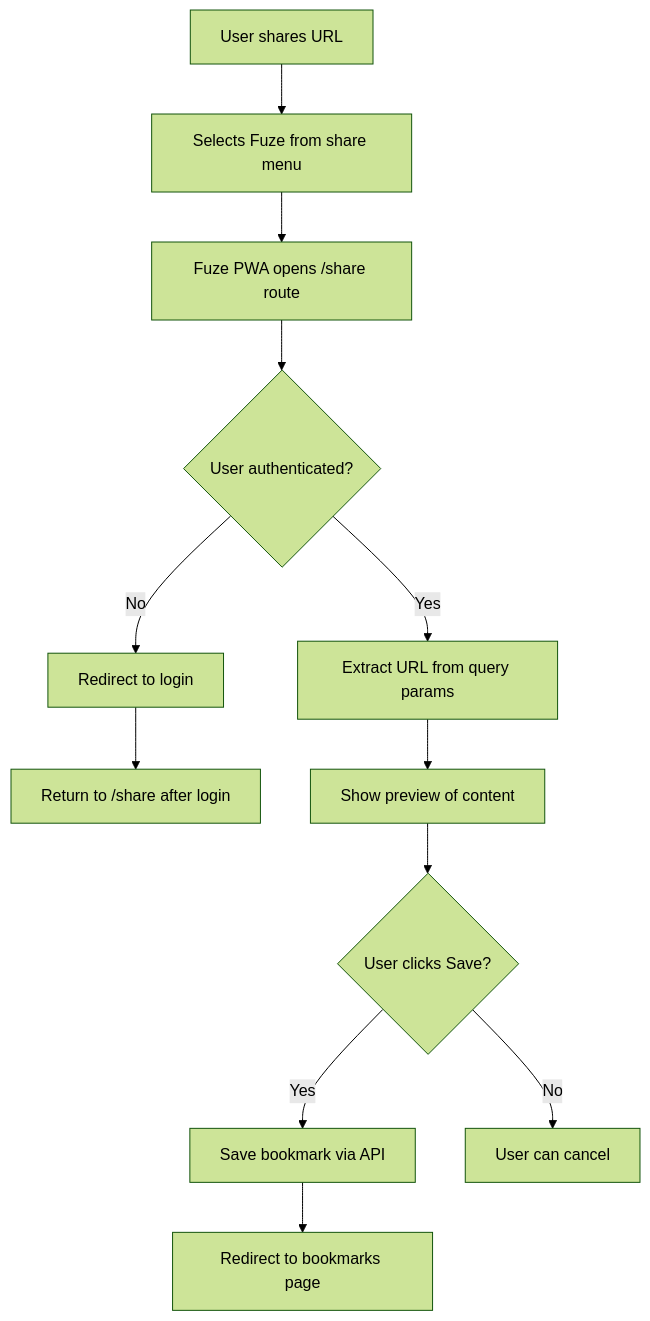
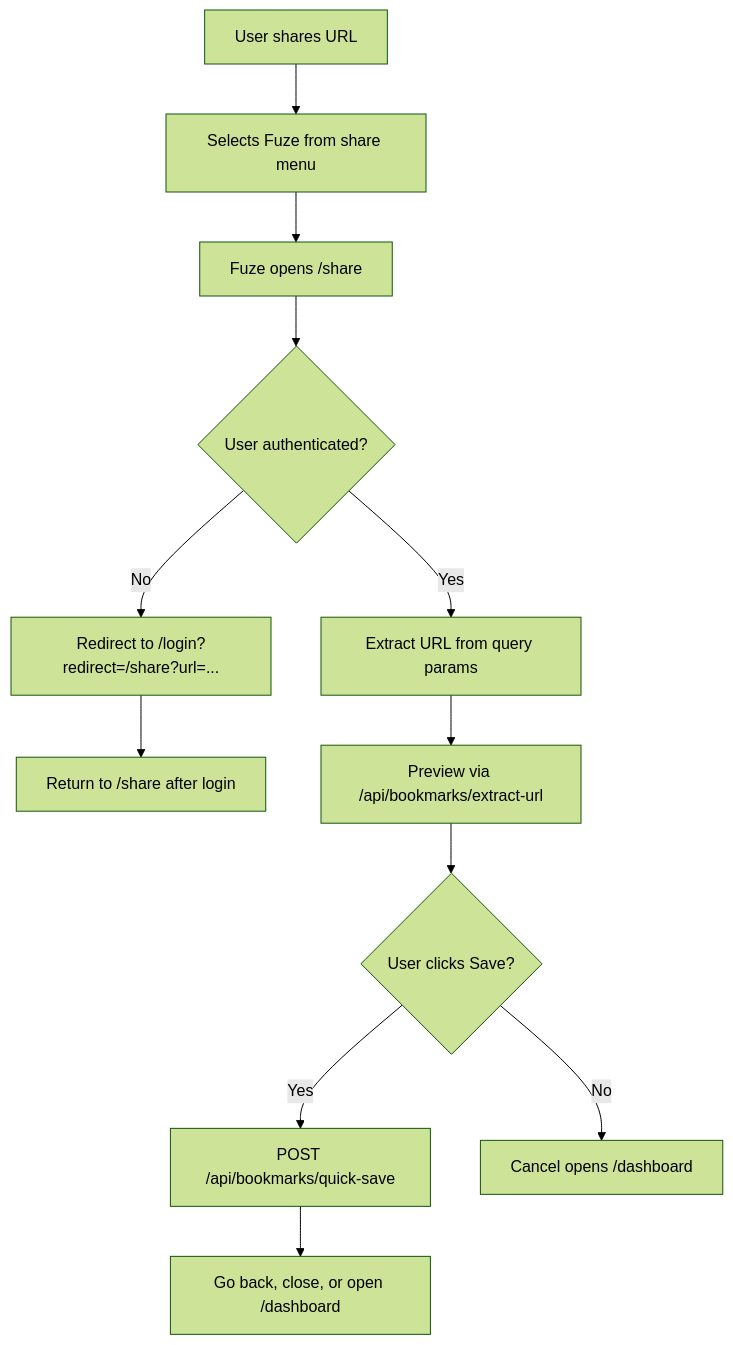
One commit to Ujjwaljain16/Fuze changed the diagram in docs/PWA.md. Above: the diagram before and after it, drawn with Mermaid (forest theme). The commit also changed other lines of this file and 7 other files, not shown here.

Commit message:
docs: add the missing API routes, correct the testing, PWA, OAuth and deploy guides, and remove real project identifiers

````diff
--- a/docs/PWA.md
+++ b/docs/PWA.md
@@ -160,14 +144,14 @@
 ```mermaid
 flowchart TD
     A[User shares URL] --> B[Selects Fuze from share menu]
-    B --> C[Fuze PWA opens /share route]
+    B --> C[Fuze opens /share]
     C --> D{User authenticated?}
-    D -->|No| E[Redirect to login]
+    D -->|No| E[Redirect to /login?redirect=/share?url=...]
     E --> F[Return to /share after login]
     D -->|Yes| G[Extract URL from query params]
-    G --> H[Show preview of content]
+    G --> H[Preview via /api/bookmarks/extract-url]
     H --> I{User clicks Save?}
-    I -->|Yes| J[Save bookmark via API]
-    J --> K[Redirect to bookmarks page]
-    I -->|No| L[User can cancel]
+    I -->|Yes| J[POST /api/bookmarks/quick-save]
+    J --> K[Go back, close, or open /dashboard]
+    I -->|No| L[Cancel opens /dashboard]
 ```
````
